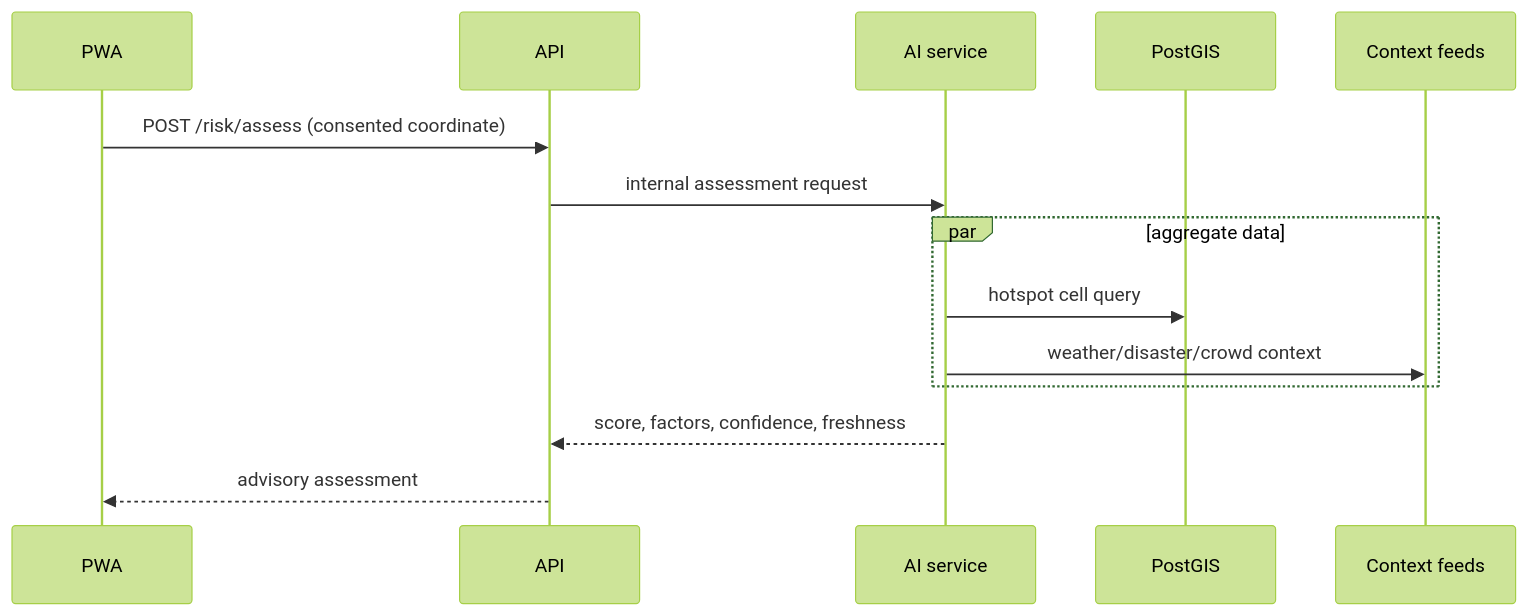
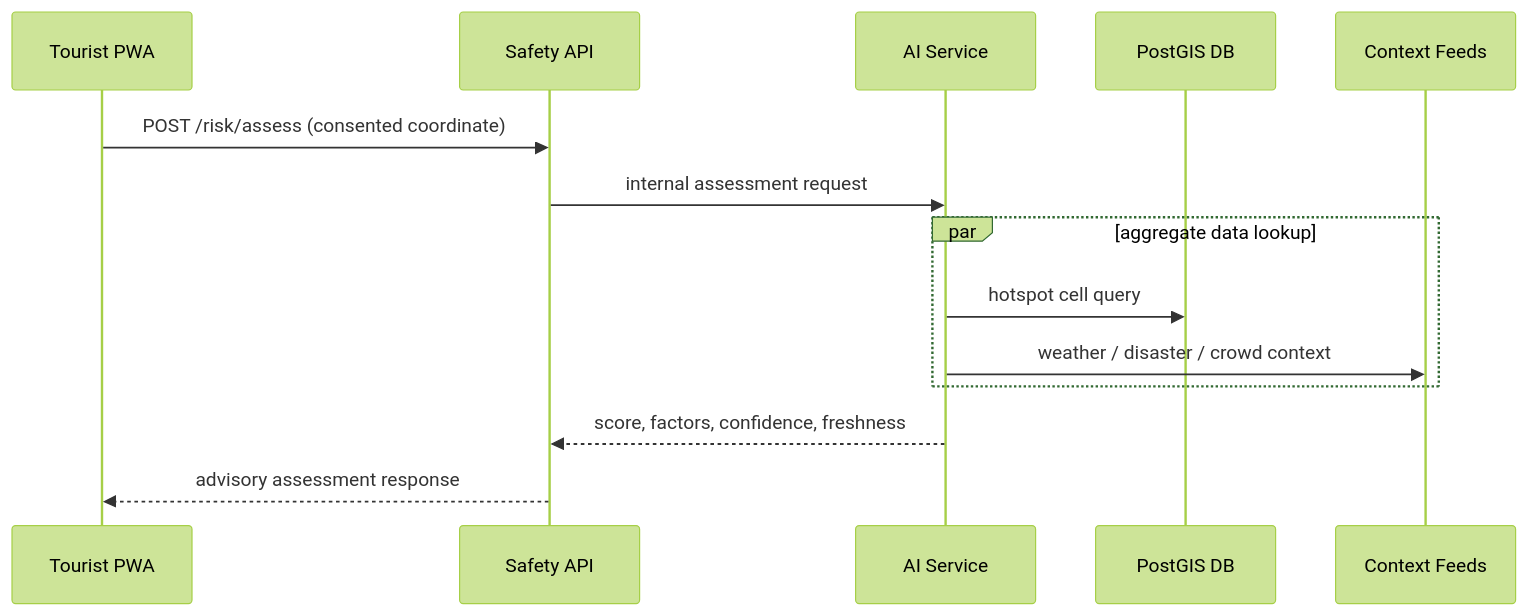
The second of 2 diagrams in docs/ARCHITECTURE.md (pixelnaitik/1), drawn with Mermaid (forest theme) before and after one commit. The commit also changed other lines of this file and 4 other files, not shown here.

````diff
--- a/docs/ARCHITECTURE.md
+++ b/docs/ARCHITECTURE.md
@@ -41,16 +60,16 @@
 ```mermaid
 sequenceDiagram
-  participant P as PWA
-  participant A as API
-  participant I as AI service
-  participant D as PostGIS
-  participant F as Context feeds
+  participant P as Tourist PWA
+  participant A as Safety API
+  participant I as AI Service
+  participant D as PostGIS DB
+  participant F as Context Feeds
   P->>A: POST /risk/assess (consented coordinate)
   A->>I: internal assessment request
-  par aggregate data
+  par aggregate data lookup
     I->>D: hotspot cell query
-    I->>F: weather/disaster/crowd context
+    I->>F: weather / disaster / crowd context
   end
   I-->>A: score, factors, confidence, freshness
-  A-->>P: advisory assessment
+  A-->>P: advisory assessment response
 ```
````
